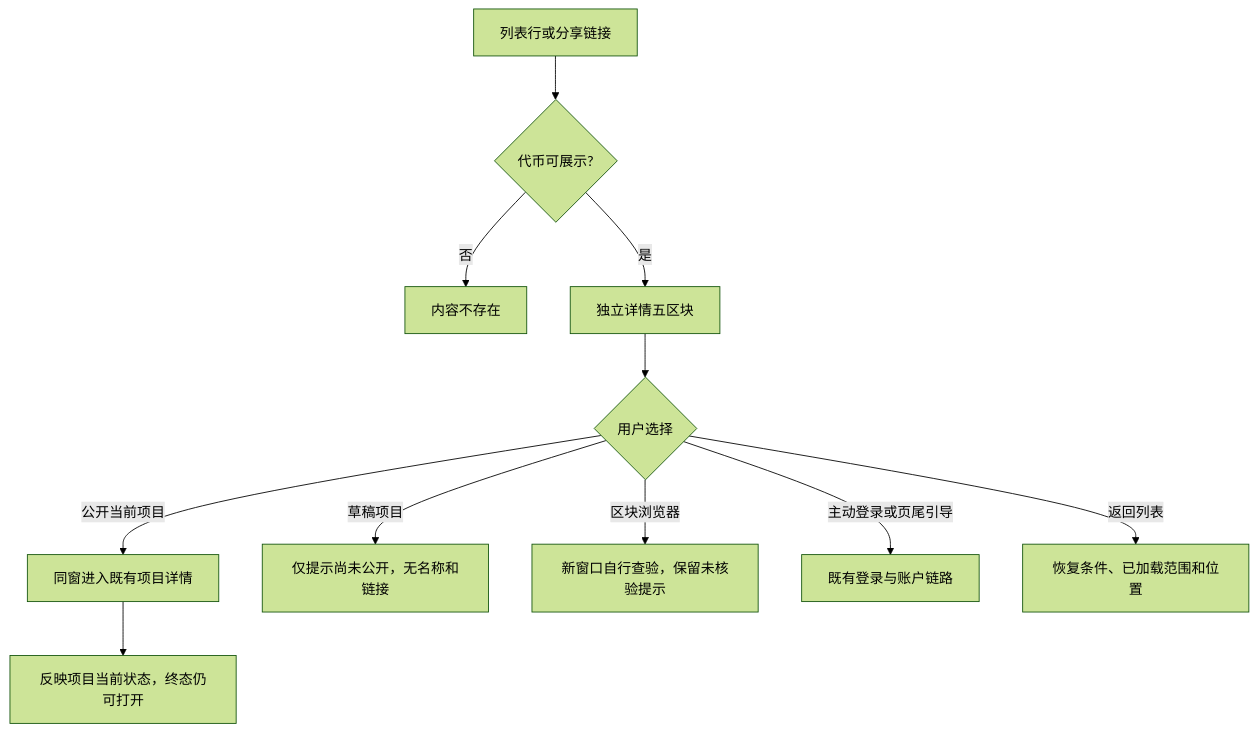
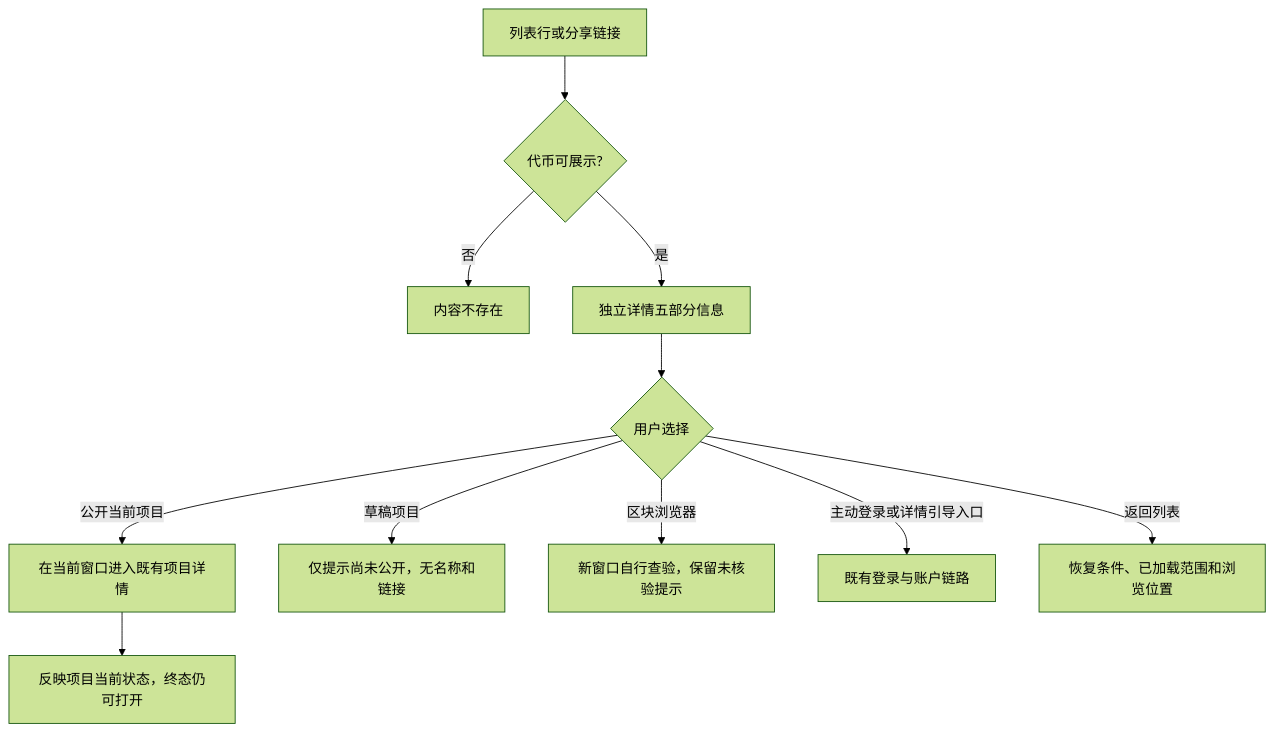
One commit to wxblockchain/Chain-Financing changed the second of 6 diagrams in lending-platform/PRD/v1.0-资产广场-已上架代币只读域/02-资产广场-流程图与状态机.md. Above: the diagram before and after it, drawn with Mermaid (forest theme). The commit also changed other lines of this file and 2 other files, not shown here.

````diff
--- a/lending-platform/PRD/v1.0-资产广场-已上架代币只读域/02-资产广场-流程图与状态机.md
+++ b/lending-platform/PRD/v1.0-资产广场-已上架代币只读域/02-资产广场-流程图与状态机.md
@@ -33,13 +35,13 @@
 ```mermaid
 flowchart TD
   A[列表行或分享链接] --> B{代币可展示?}
   B -->|否| C[内容不存在]
-  B -->|是| D[独立详情五区块]
+  B -->|是| D[独立详情五部分信息]
   D --> E{用户选择}
-  E -->|公开当前项目| F[同窗进入既有项目详情]
+  E -->|公开当前项目| F[在当前窗口进入既有项目详情]
   F --> G[反映项目当前状态，终态仍可打开]
   E -->|草稿项目| H[仅提示尚未公开，无名称和链接]
   E -->|区块浏览器| I[新窗口自行查验，保留未核验提示]
-  E -->|主动登录或页尾引导| J[既有登录与账户链路]
-  E -->|返回列表| K[恢复条件、已加载范围和位置]
+  E -->|主动登录或详情引导入口| J[既有登录与账户链路]
+  E -->|返回列表| K[恢复条件、已加载范围和浏览位置]
 ```
````
